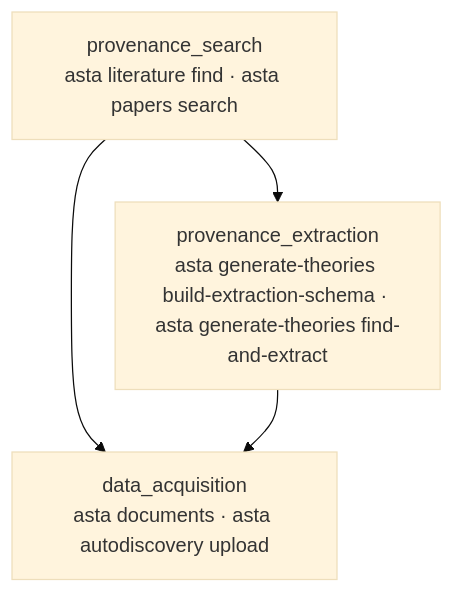
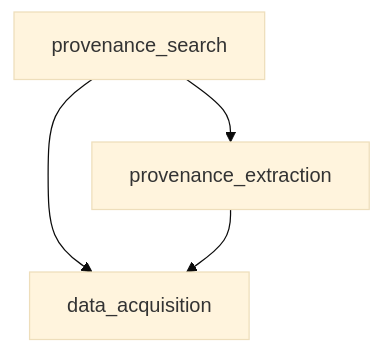
Before and after one commit to allenai/asta-plugins: the diagram in plugins/asta/skills/research-step/assets/compiled/data_provenance.mmd, drawn with Mermaid (base theme). The commit also changed 128 other files, not shown here.

```diff
--- a/plugins/asta/skills/research-step/assets/compiled/data_provenance.mmd
+++ b/plugins/asta/skills/research-step/assets/compiled/data_provenance.mmd
@@ -1,12 +1,10 @@
 %% data_provenance — generated by scripts/compile-schemas.py from assets/schemas.yaml; do not edit
-%% solid arrows: input wiring · dashed: inputs satisfied outside this flow
+%% thick ==> : a loop's child order  ·  thin --> : data input  ·  dashed: input from outside this loop
 flowchart TD
-  classDef replan stroke-dasharray: 6 4
-  classDef embed fill:#eef6ff,stroke:#6699cc
   classDef external stroke-dasharray: 3 3,color:#888888
-  provenance_search["provenance_search<br/>asta literature find · asta papers search"]
-  provenance_extraction["provenance_extraction<br/>asta generate-theories build-extraction-schema · asta generate-theories find-and-extract"]
-  data_acquisition["data_acquisition<br/>asta documents · asta autodiscovery upload"]
+  provenance_search["provenance_search"]
+  provenance_extraction["provenance_extraction"]
+  data_acquisition["data_acquisition"]
   provenance_search --> provenance_extraction
   provenance_search --> data_acquisition
   provenance_extraction --> data_acquisition
```
